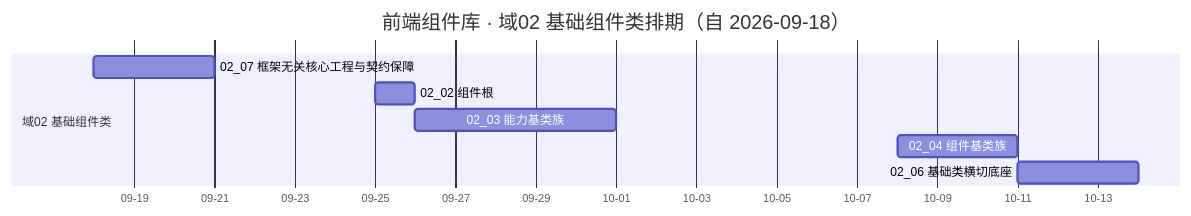
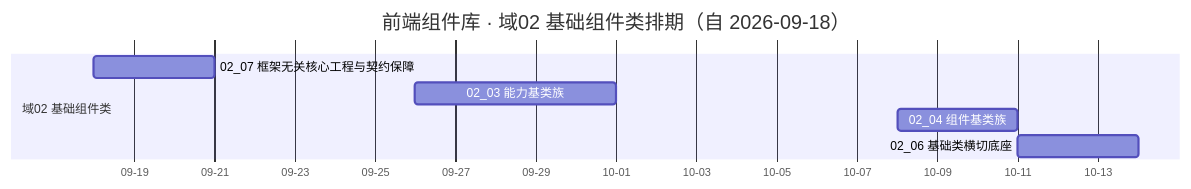
One commit to minjian123/basic-management-system changed the diagram in bms文档/项目/04_前端组件库/计划/01_计划_前端组件库.md. Above: the diagram before and after it, drawn with Mermaid. The commit also changed other lines of this file and 5 other files, not shown here.

````diff
--- a/bms文档/项目/04_前端组件库/计划/01_计划_前端组件库.md
+++ b/bms文档/项目/04_前端组件库/计划/01_计划_前端组件库.md
@@ -37,12 +37,11 @@
 ```mermaid
 gantt
     title 前端组件库 · 域02 基础组件类排期（自 2026-09-18）
     dateFormat  YYYY-MM-DD
     axisFormat %m-%d
     section 域02 基础组件类
     02_07 框架无关核心工程与契约保障 :a07, 2026-09-18, 3d
-    02_02 组件根                     :a02, 2026-09-25, 1d
     02_03 能力基类族                 :a03, 2026-09-26, 5d
     02_04 组件基类族                 :a04, 2026-10-08, 3d
     02_06 基础类横切底座             :a06, 2026-10-11, 3d
 ```
````
